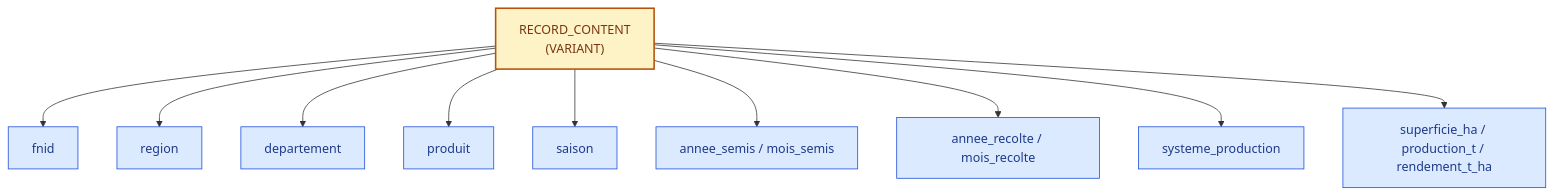
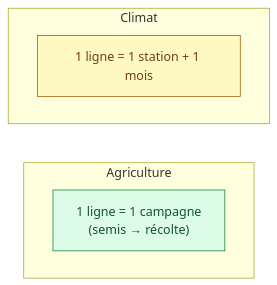
Before and after one commit to abdoudjigo/assaman-suuf: the fourth of 11 diagrams in dbt_project/README_dbt_staging.md, drawn with Mermaid. The commit also changed other lines of this file, not shown here.

````diff
--- a/dbt_project/README_dbt_staging.md
+++ b/dbt_project/README_dbt_staging.md
@@ -181,17 +136,16 @@
 ```mermaid
-flowchart TB
-    RC["RECORD_CONTENT<br/>(VARIANT)"] --> F1["fnid"]
-    RC --> F2["region"]
-    RC --> F3["departement"]
-    RC --> F4["produit"]
-    RC --> F5["saison"]
-    RC --> F6["annee_semis / mois_semis"]
-    RC --> F7["annee_recolte / mois_recolte"]
-    RC --> F8["systeme_production"]
-    RC --> F9["superficie_ha / production_t / rendement_t_ha"]
+flowchart LR
+    subgraph AGRI["Agriculture"]
+        direction LR
+        A1["1 ligne = 1 campagne<br/>(semis → récolte)"]
+    end
+    subgraph CLIM["Climat"]
+        direction LR
+        C1["1 ligne = 1 station + 1 mois"]
+    end
 
-    classDef variant fill:#FEF3C7,stroke:#B45309,color:#78350F,stroke-width:2px
-    classDef champ fill:#DBEAFE,stroke:#1D4ED8,color:#1E3A8A
-    class RC variant
-    class F1,F2,F3,F4,F5,F6,F7,F8,F9 champ
+    classDef agri fill:#DCFCE7,stroke:#15803D,color:#14532D
+    classDef clim fill:#FEF9C3,stroke:#A16207,color:#713F12
+    class A1 agri
+    class C1 clim
 ```
````
